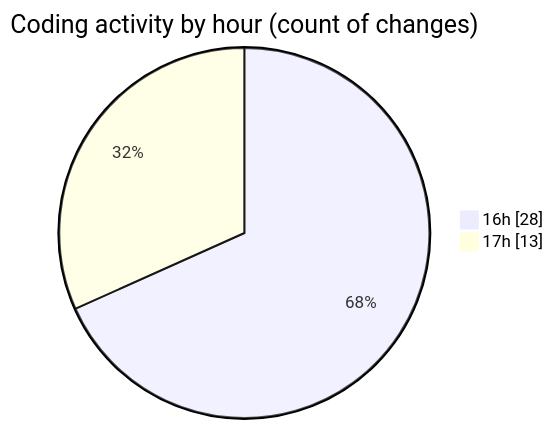
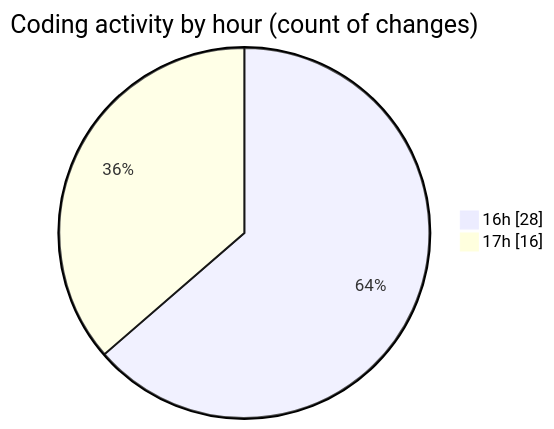
One commit to donsfak/code-tracking changed the second of 2 diagrams in 2025-01-15/trackers_app/README.md. Above: the diagram before and after it, drawn with Mermaid. The commit also changed other lines of this file and 1 other file, not shown here.

````diff
--- a/2025-01-15/trackers_app/README.md
+++ b/2025-01-15/trackers_app/README.md
@@ -36,6 +36,6 @@
 ```mermaid
 pie showData
 title Coding activity by hour (count of changes)
 "16h" : 28
-"17h" : 13
+"17h" : 16
 ```
````
